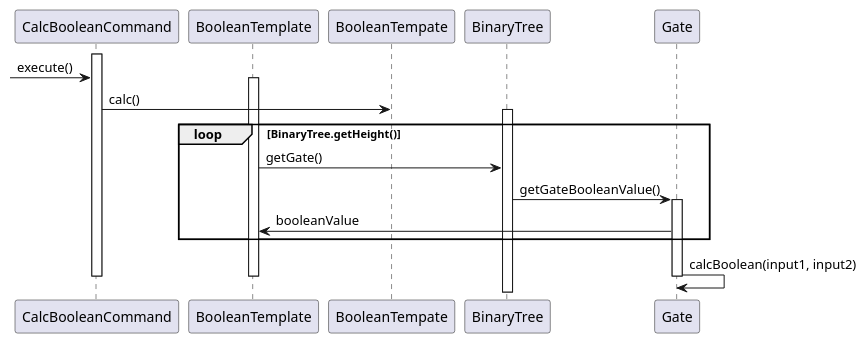
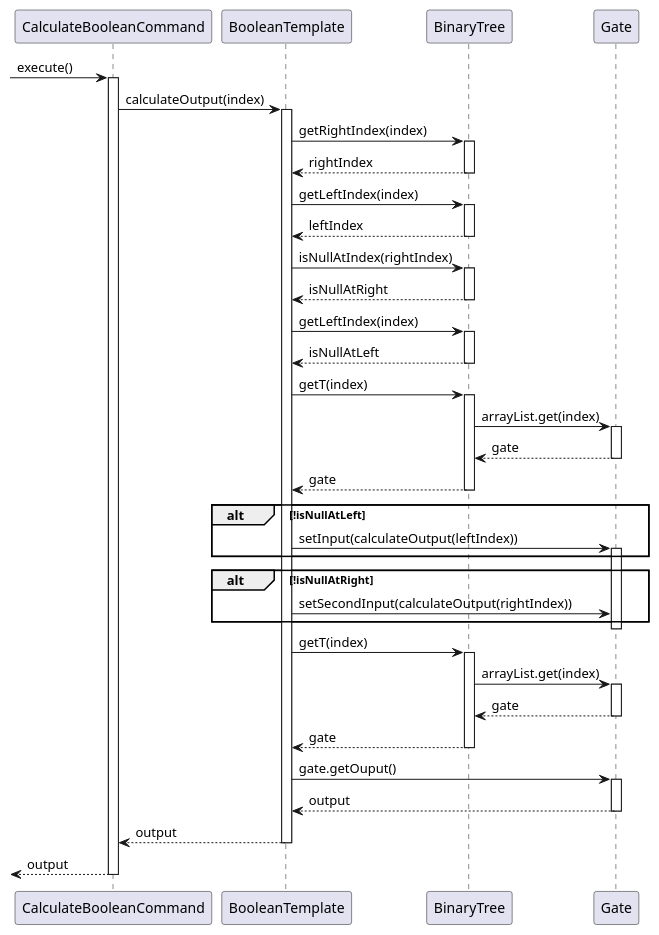
Before and after one commit to sevenseasofbri/tp: the diagram in docs/diagrams/CalcBooleanCommand.puml, drawn with PlantUML. The commit also changed 2 other files, not shown here.

Commit message:
- Include CalcBooleanCommand sequence diagram - Change of description of sequence diagrams to make it more concise

```diff
--- a/docs/diagrams/CalcBooleanCommand.puml
+++ b/docs/diagrams/CalcBooleanCommand.puml
@@ -1,22 +1,85 @@
 @startuml
-activate CalcBooleanCommand
-->CalcBooleanCommand: execute()
+[-> CalculateBooleanCommand : execute()
+activate CalculateBooleanCommand
 
+CalculateBooleanCommand -> BooleanTemplate : calculateOutput(index)
 activate BooleanTemplate
-CalcBooleanCommand -> BooleanTempate : calc()
 
-loop BinaryTree.getHeight()
+BooleanTemplate -> BinaryTree : getRightIndex(index)
 activate BinaryTree
-BooleanTemplate -> BinaryTree: getGate()
-BinaryTree -> Gate: getGateBooleanValue()
 
+BinaryTree --> BooleanTemplate : rightIndex
+deactivate BinaryTree
+
+BooleanTemplate -> BinaryTree : getLeftIndex(index)
+activate BinaryTree
+
+BinaryTree --> BooleanTemplate : leftIndex
+deactivate BinaryTree
+
+BooleanTemplate -> BinaryTree : isNullAtIndex(rightIndex)
+activate BinaryTree
+
+BinaryTree --> BooleanTemplate : isNullAtRight
+deactivate BinaryTree
+
+BooleanTemplate -> BinaryTree : getLeftIndex(index)
+activate BinaryTree
+
+BinaryTree --> BooleanTemplate : isNullAtLeft
+deactivate BinaryTree
+
+BooleanTemplate -> BinaryTree: getT(index)
+activate BinaryTree
+
+BinaryTree -> Gate: arrayList.get(index)
 activate Gate
-Gate -> BooleanTemplate: booleanValue
+
+Gate --> BinaryTree: gate
+deactivate Gate
+
+BinaryTree --> BooleanTemplate: gate
+deactivate BinaryTree
+
+alt !isNullAtLeft
+
+BooleanTemplate -> Gate: setInput(calculateOutput(leftIndex))
+activate Gate
+
 end
 
-Gate -> Gate: calcBoolean(input1, input2)
+alt !isNullAtRight
+
+BooleanTemplate -> Gate: setSecondInput(calculateOutput(rightIndex))
+
+
+end
 
 deactivate Gate
+deactivate Gate
+
+BooleanTemplate -> BinaryTree: getT(index)
+activate BinaryTree
+
+BinaryTree -> Gate: arrayList.get(index)
+activate Gate
+
+Gate --> BinaryTree: gate
+deactivate Gate
+
+BinaryTree --> BooleanTemplate: gate
+deactivate BinaryTree
+
+BooleanTemplate -> Gate: gate.getOuput()
+activate Gate
+
+Gate --> BooleanTemplate: output
+deactivate Gate
+
+
+BooleanTemplate --> CalculateBooleanCommand: output
 deactivate BooleanTemplate
-deactivate CalcBooleanCommand
+
+[<-- CalculateBooleanCommand: output
+deactivate CalculateBooleanCommand
 @enduml
```
